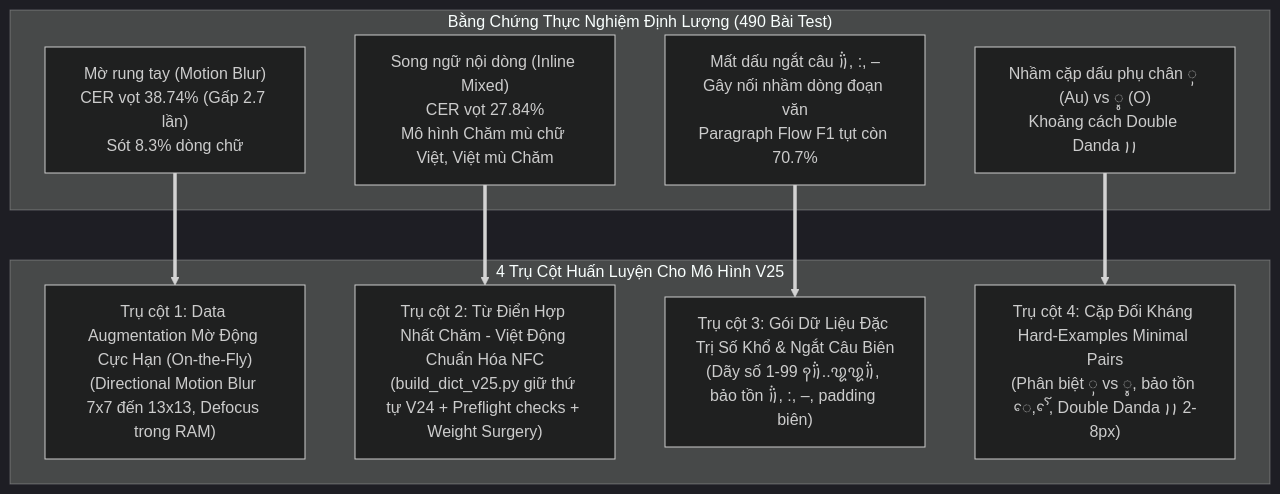
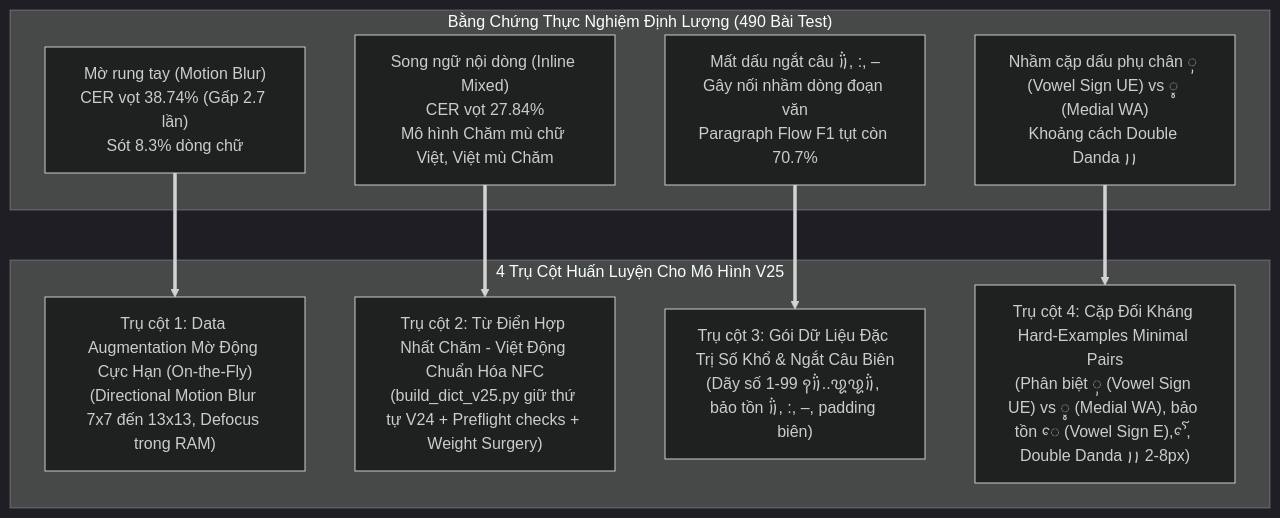
The first of 2 diagrams in ocr-training/TRAINING_ROADMAP_V25.md (phucsd/Cham-OCR), drawn with Mermaid (dark theme) before and after one commit. The commit also changed other lines of this file and 8 other files, not shown here.

````diff
--- a/ocr-training/TRAINING_ROADMAP_V25.md
+++ b/ocr-training/TRAINING_ROADMAP_V25.md
@@ -9,21 +9,21 @@
 ```mermaid
 flowchart TD
     subgraph Benchmark_Evidence["Bằng Chứng Thực Nghiệm Định Lượng (490 Bài Test)"]
         E1["Mờ rung tay (Motion Blur)<br/>CER vọt 38.74% (Gấp 2.7 lần)<br/>Sót 8.3% dòng chữ"]
         E2["Song ngữ nội dòng (Inline Mixed)<br/>CER vọt 27.84%<br/>Mô hình Chăm mù chữ Việt, Việt mù Chăm"]
         E3["Mất dấu ngắt câu ꩞, :, –<br/>Gây nối nhầm dòng đoạn văn<br/>Paragraph Flow F1 tụt còn 70.7%"]
-        E4["Nhầm cặp dấu phụ chân ꨲ (Au) vs ꨶ (O)<br/>Khoảng cách Double Danda ꩝꩝"]
+        E4["Nhầm cặp dấu phụ chân ꨲ (Vowel Sign UE) vs ꨶ (Medial WA)<br/>Khoảng cách Double Danda ꩝꩝"]
     end
 
     subgraph Solutions_V25["4 Trụ Cột Huấn Luyện Cho Mô Hình V25"]
         P1["Trụ cột 1: Data Augmentation Mờ Động Cực Hạn (On-the-Fly)<br/>(Directional Motion Blur 7x7 đến 13x13, Defocus trong RAM)"]
         P2["Trụ cột 2: Từ Điển Hợp Nhất Chăm - Việt Động Chuẩn Hóa NFC<br/>(build_dict_v25.py giữ thứ tự V24 + Preflight checks + Weight Surgery)"]
         P3["Trụ cột 3: Gói Dữ Liệu Đặc Trị Số Khổ & Ngắt Câu Biên<br/>(Dãy số 1-99 ꩑꩞..꩙꩙꩞, bảo tồn ꩞, :, –, padding biên)"]
-        P4["Trụ cột 4: Cặp Đối Kháng Hard-Examples Minimal Pairs<br/>(Phân biệt ꨲ vs ꨶ, bảo tồn ꨯ, ꨯꨱ, Double Danda ꩝꩝ 2-8px)"]
+        P4["Trụ cột 4: Cặp Đối Kháng Hard-Examples Minimal Pairs<br/>(Phân biệt ꨲ (Vowel Sign UE) vs ꨶ (Medial WA), bảo tồn ꨯ (Vowel Sign E), ꨯꨱ, Double Danda ꩝꩝ 2-8px)"]
     end
 
     E1 ==> P1
     E2 ==> P2
     E3 ==> P3
     E4 ==> P4
 ```
````
